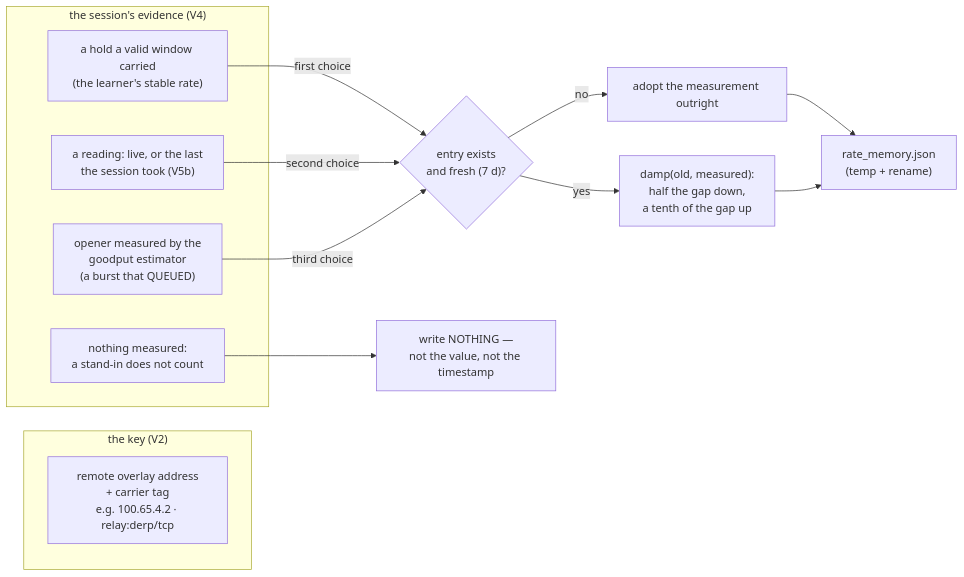
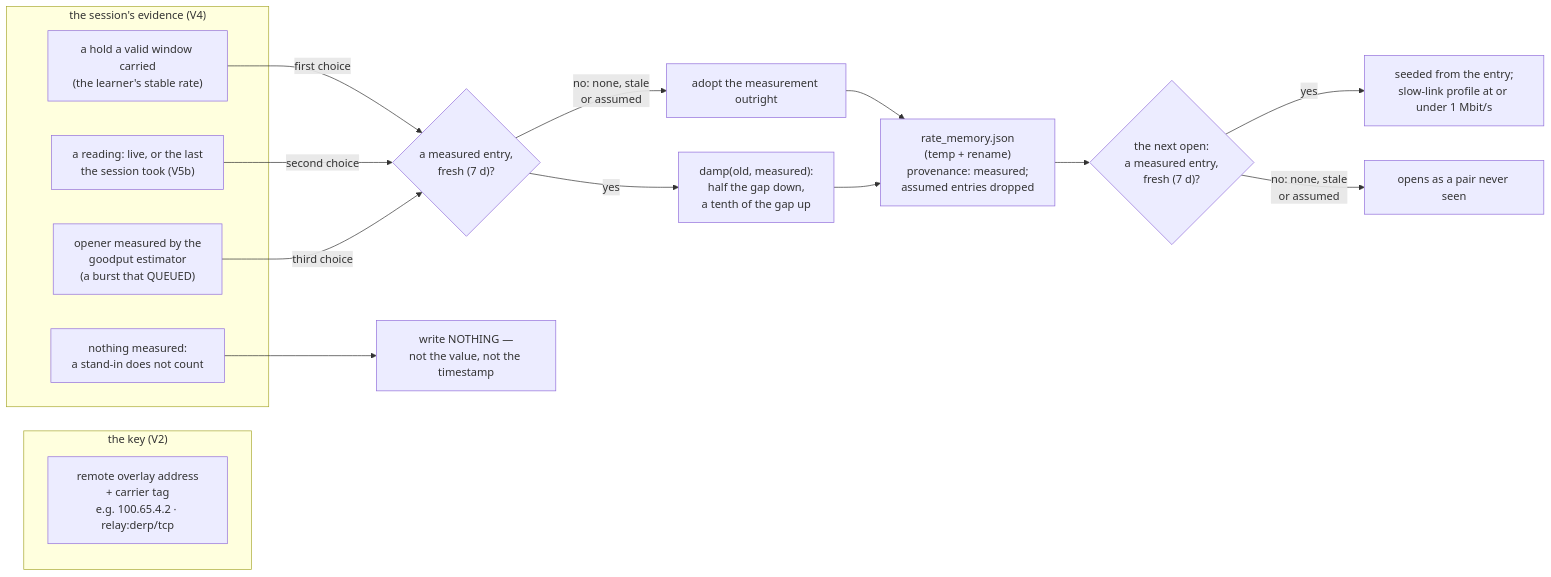
The fifth of 11 diagrams in docs/rate-control.md (gjovanov/roomler-ai), drawn with Mermaid before and after one commit. The commit also changed other lines of this file and 2 other files, not shown here.

````diff
--- a/docs/rate-control.md
+++ b/docs/rate-control.md
@@ -525,19 +526,22 @@
 ```mermaid
 flowchart LR
     subgraph key["the key (V2)"]
         K["remote overlay address<br/>+ carrier tag<br/>e.g. 100.65.4.2 · relay:derp/tcp"]
     end
     subgraph evidence["the session's evidence (V4)"]
         B["a hold a valid window carried<br/>(the learner's stable rate)"]
         L["a reading: live, or the last<br/>the session took (V5b)"]
         O["opener measured by the<br/>goodput estimator<br/>(a burst that QUEUED)"]
         N["nothing measured:<br/>a stand-in does not count"]
     end
-    B -- "first choice" --> D{"entry exists<br/>and fresh (7 d)?"}
+    B -- "first choice" --> D{"a measured entry,<br/>fresh (7 d)?"}
     L -- "second choice" --> D
     O -- "third choice" --> D
     N --> Z["write NOTHING —<br/>not the value, not the timestamp"]
-    D -- no --> AD["adopt the measurement outright"]
+    D -- "no: none, stale<br/>or assumed" --> AD["adopt the measurement outright"]
     D -- yes --> DM["damp(old, measured):<br/>half the gap down,<br/>a tenth of the gap up"]
-    AD & DM --> F["rate_memory.json<br/>(temp + rename)"]
+    AD & DM --> F["rate_memory.json<br/>(temp + rename)<br/>provenance: measured;<br/>assumed entries dropped"]
+    F --> S{"the next open:<br/>a measured entry,<br/>fresh (7 d)?"}
+    S -- yes --> SEED["seeded from the entry;<br/>slow-link profile at or under 1 Mbit/s"]
+    S -- "no: none, stale<br/>or assumed" --> NEVER["opens as a pair never seen"]
 ```
````
